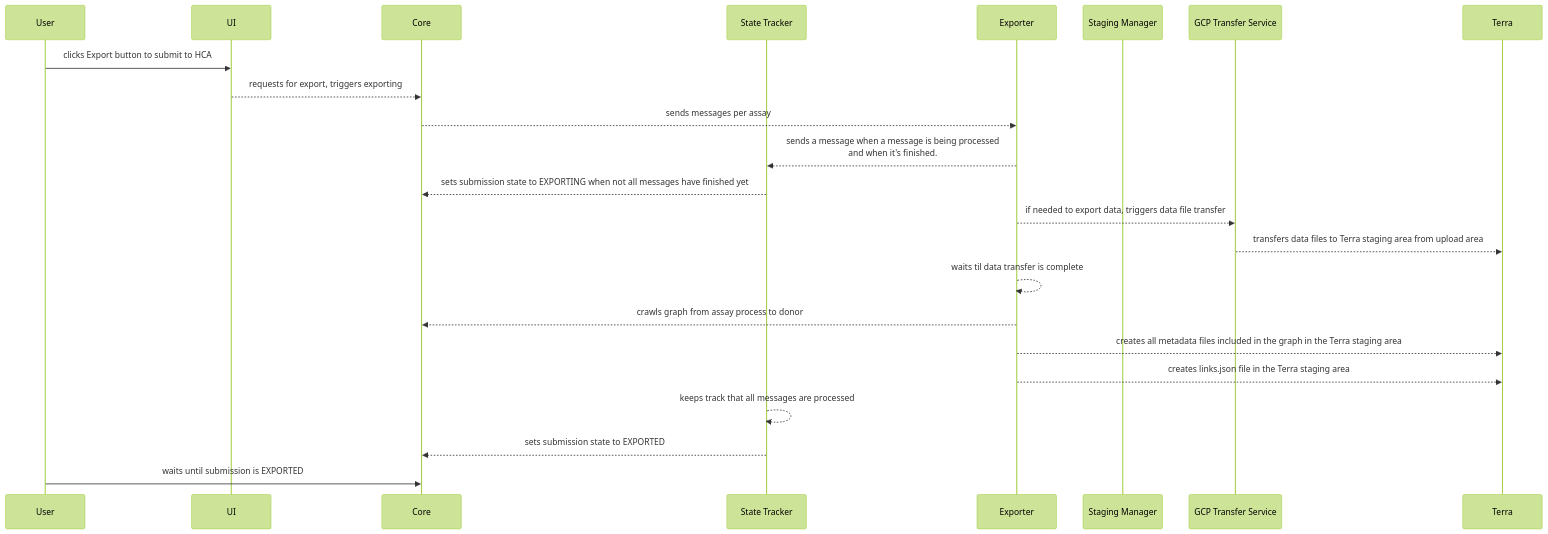
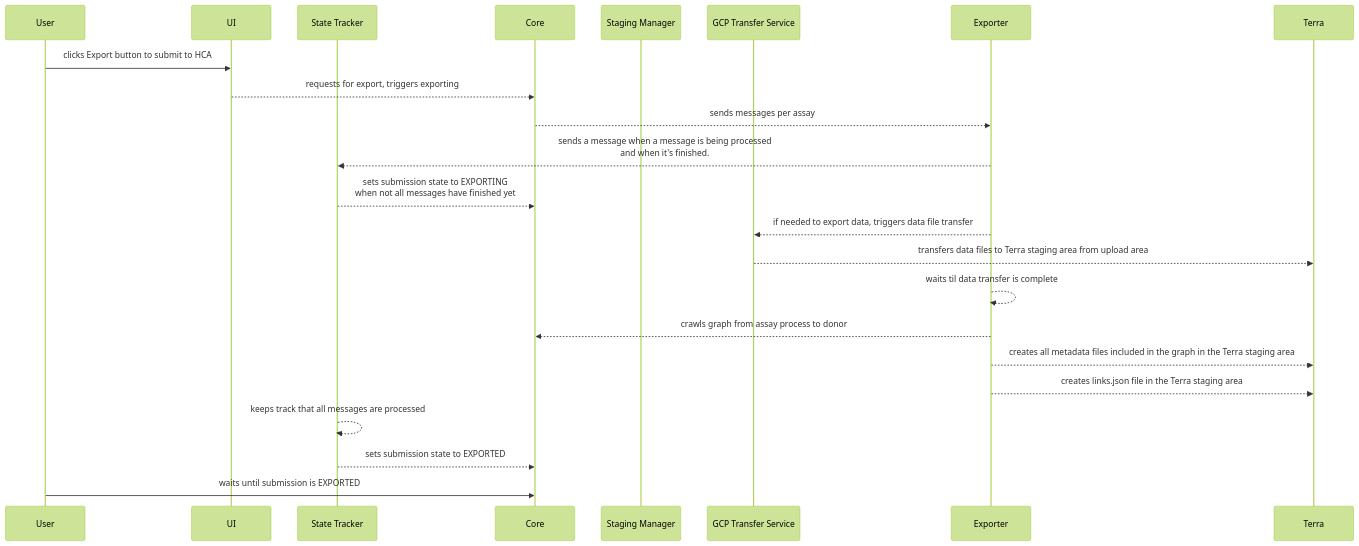
Before and after one commit to ebi-ait/ingest-state-tracking: the fifth of 6 diagrams in README.md, drawn with Mermaid (forest theme). The commit also changed other lines of this file, not shown here.

Commit message:
dcp-692 Update order of participants for better display

````diff
--- a/README.md
+++ b/README.md
@@ -191,28 +191,29 @@
 ```mermaid
 sequenceDiagram
   participant User
   participant UI
+  participant State as State Tracker
   participant Core
-  participant State as State Tracker
-  participant Exporter
   participant Staging Manager
   participant GCPTS as GCP Transfer Service
+  participant Exporter
+  participant Terra
   
   User->>UI: clicks Export button to submit to HCA
   UI-->>Core: requests for export, triggers exporting
   Core-->>Exporter: sends messages per assay
   Exporter-->>State: sends a message when a message is being processed <br/> and when it's finished.
-  State-->>Core: sets submission state to EXPORTING when not all messages have finished yet
+  State-->>Core: sets submission state to EXPORTING <br/>when not all messages have finished yet
  
   Exporter-->>GCPTS: if needed to export data, triggers data file transfer
   GCPTS-->>Terra: transfers data files to Terra staging area from upload area
   Exporter-->>Exporter: waits til data transfer is complete
   Exporter-->>Core: crawls graph from assay process to donor
   Exporter-->>Terra: creates all metadata files included in the graph in the Terra staging area
   Exporter-->>Terra:  creates links.json file in the Terra staging area
   State-->>State: keeps track that all messages are processed
   State-->>Core: sets submission state to EXPORTED
   
   User->> Core: waits until submission is EXPORTED
   
 ```
````
